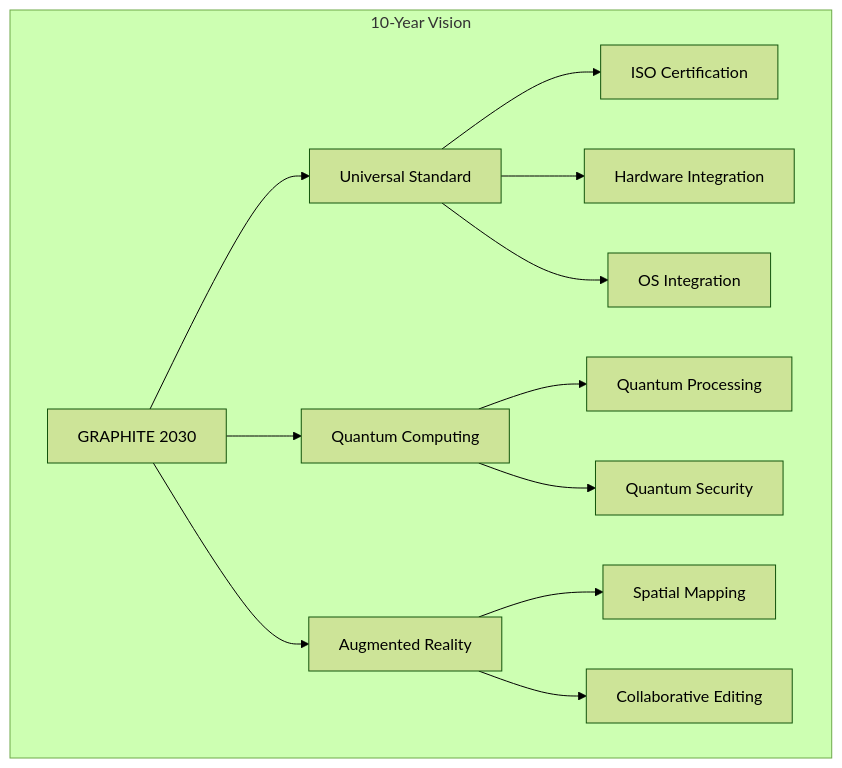
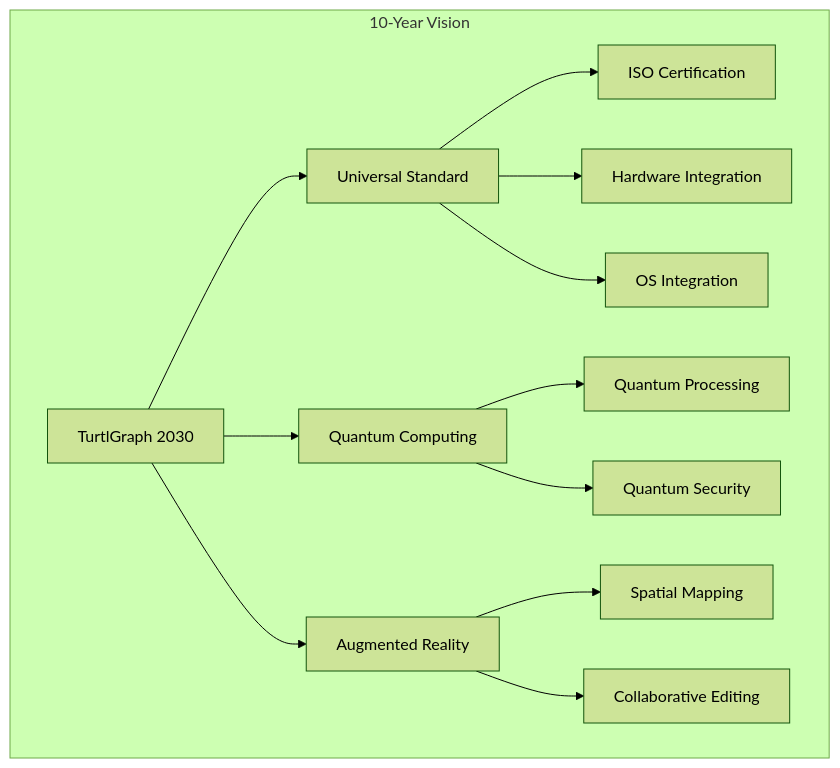
The sixth of 6 diagrams in volumes/volume-3-advanced-systems/part-11-ecosystem-future.md (turtlgraph/docs), drawn with Mermaid (forest theme) before and after one commit. The commit also changed other lines of this file and 10 other files, not shown here.

First line of the commit message:
docs: Replace all GRAPHITE references with TurtlGraph/HyperDAG

````diff
--- a/volumes/volume-3-advanced-systems/part-11-ecosystem-future.md
+++ b/volumes/volume-3-advanced-systems/part-11-ecosystem-future.md
@@ -597,18 +597,18 @@
 ```mermaid
 graph TD
     subgraph "10-Year Vision"
         STANDARD[Universal Standard] --> ISO[ISO Certification]
         STANDARD --> HW[Hardware Integration]
         STANDARD --> OS[OS Integration]
         
         QUANTUM[Quantum Computing] --> QPROCESS[Quantum Processing]
         QUANTUM --> QCRYPTO[Quantum Security]
         
         AR[Augmented Reality] --> SPATIAL[Spatial Mapping]
         AR --> COLLAB[Collaborative Editing]
         
-        ALL[GRAPHITE 2030] --> STANDARD
+        ALL[TurtlGraph 2030] --> STANDARD
         ALL --> QUANTUM
         ALL --> AR
     end
 ```
````
